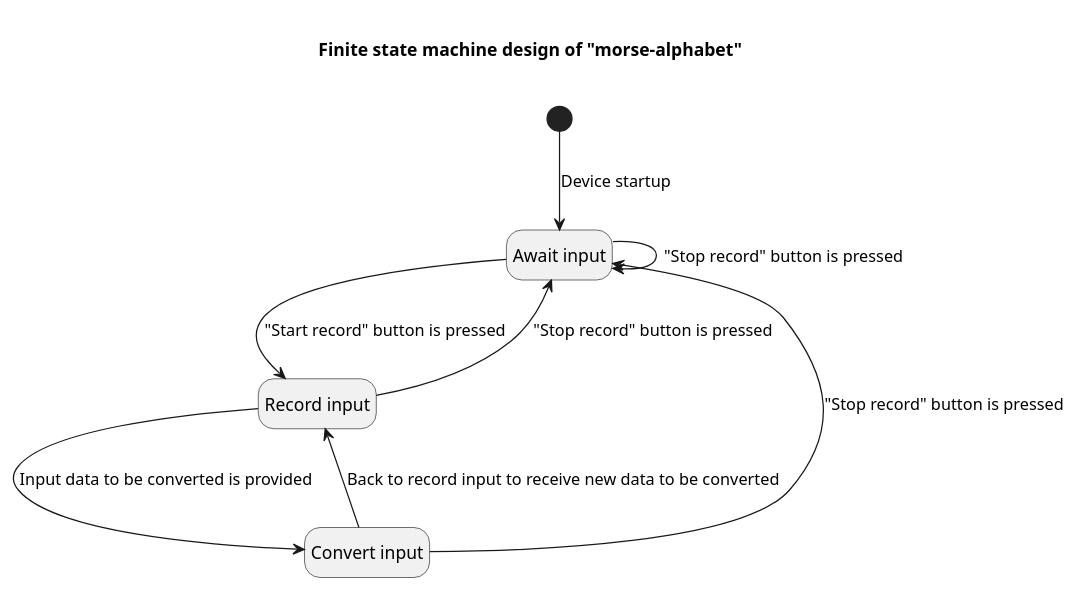
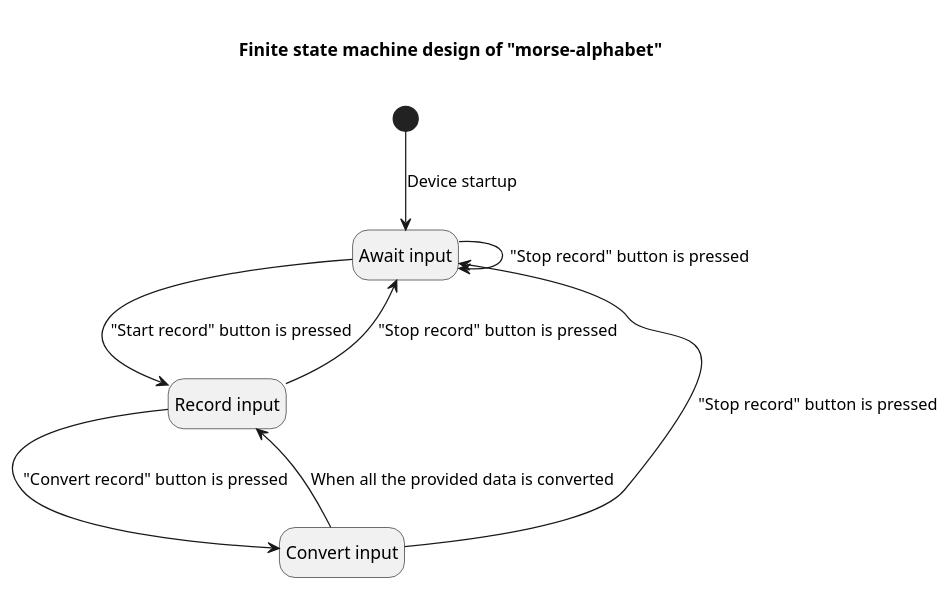
One commit to YarikRevich/morse-alphabet changed the diagram in docs/finite-state-machine-design.md. Above: the diagram before and after it, drawn with PlantUML. The commit also changed 29 other files, not shown here.

````diff
--- a/docs/finite-state-machine-design.md
+++ b/docs/finite-state-machine-design.md
@@ -1,21 +1,21 @@
 ```plantuml
 title
 
 Finite state machine design of "morse-alphabet"
 
 end title
 
 hide empty description
 
 state "Await input" as awaitinput
 state "Record input" as recordinput
 state "Convert input" as convertinput
 
 [*] --> awaitinput: Device startup
 awaitinput --> awaitinput: "Stop record" button is pressed
 awaitinput --> recordinput: "Start record" button is pressed
 recordinput --> awaitinput: "Stop record" button is pressed
-recordinput --> convertinput: Input data to be converted is provided
-convertinput --> recordinput: Back to record input to receive new data to be converted
+recordinput --> convertinput: "Convert record" button is pressed
+convertinput --> recordinput: When all the provided data is converted
 convertinput --> awaitinput: "Stop record" button is pressed
 ```
````
